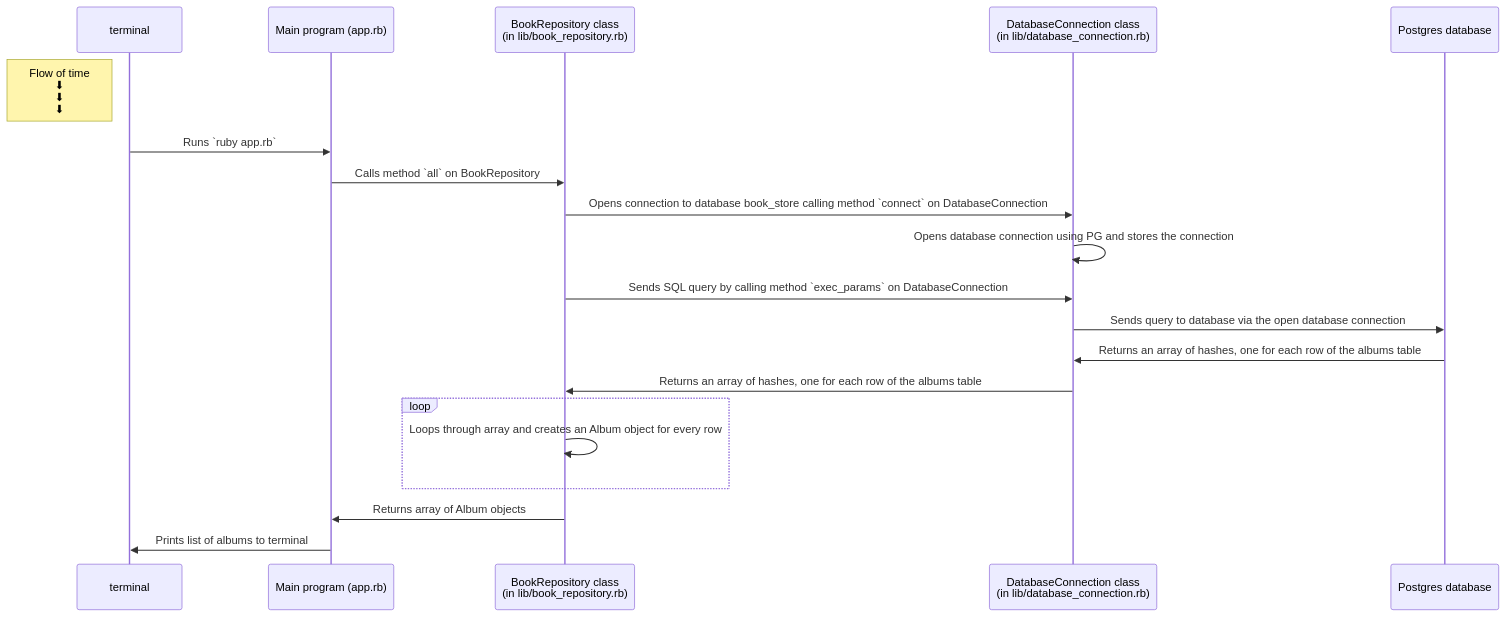
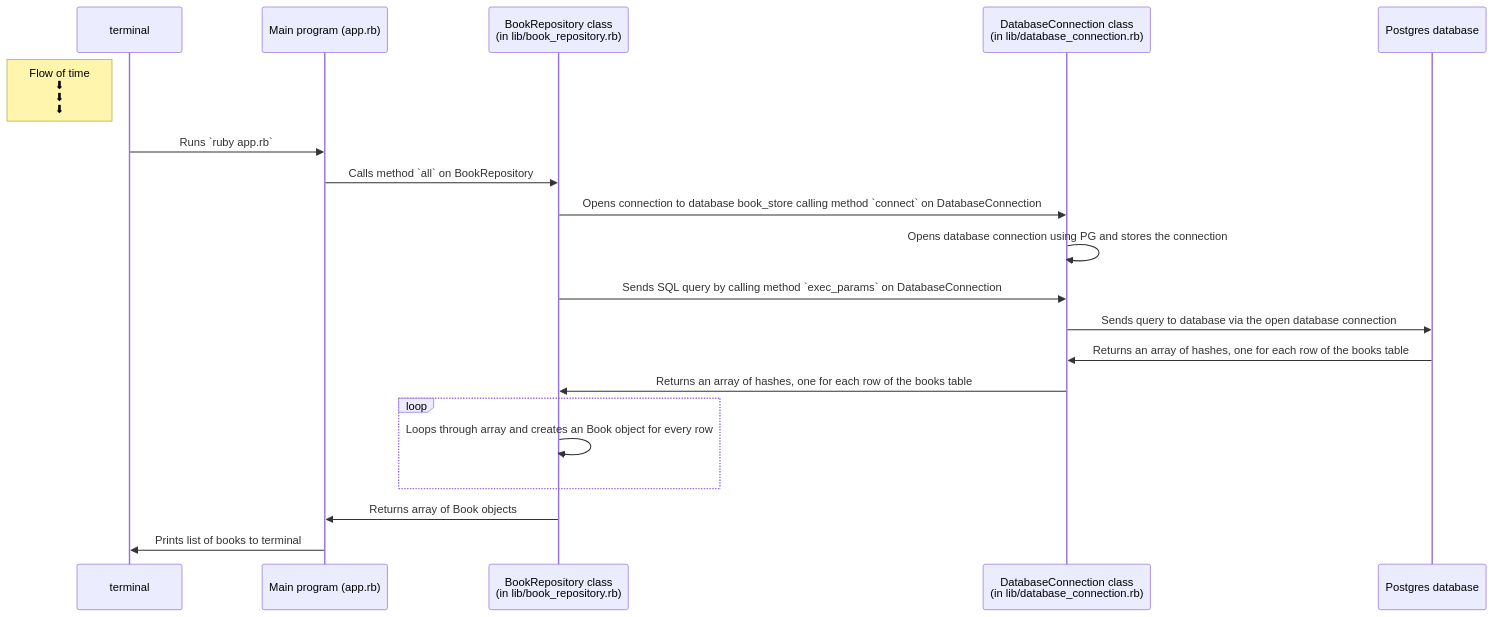
The diagram in spec/sequence_diagram.md (murat-zsertay/murat_book_store), drawn with Mermaid before and after one commit.

Commit message:
sequence_diagram_pairing

````diff
--- a/spec/sequence_diagram.md
+++ b/spec/sequence_diagram.md
@@ -1,30 +1,30 @@
 ```mermaid 
 %%{init: { 'theme':'dark',"sequence": {
       "mirrorActors": true,
       "wrap": true
       "actorFontSize":16
     } } }%%
 sequenceDiagram
 
 participant t as terminal
     participant app as Main program (app.rb)
     participant br as BookRepository class <br /> (in lib/book_repository.rb)
     participant db_conn as DatabaseConnection class <br /> (in lib/database_connection.rb)
     participant db as Postgres database
 
     Note left of t: Flow of time <br />⬇ <br /> ⬇ <br /> ⬇ 
 
     t->>app: Runs `ruby app.rb`
     app->>br: Calls method `all` on BookRepository
     br->>db_conn: Opens connection to database book_store calling method `connect` on DatabaseConnection 
     db_conn->>db_conn: Opens database connection using PG and stores the connection 
     br->>db_conn: Sends SQL query by calling method `exec_params` on DatabaseConnection
     db_conn->>db: Sends query to database via the open database connection
-    db->>db_conn: Returns an array of hashes, one for each row of the albums table
-    db_conn->>br: Returns an array of hashes, one for each row of the albums table
+    db->>db_conn: Returns an array of hashes, one for each row of the books table
+    db_conn->>br: Returns an array of hashes, one for each row of the books table
     loop 
-        br->>br: Loops through array and creates an Album object for every row
+        br->>br: Loops through array and creates an Book object for every row
     end
-    br->>app: Returns array of Album objects
-    app->>t: Prints list of albums to terminal
+    br->>app: Returns array of Book objects
+    app->>t: Prints list of books to terminal
 ```
````
